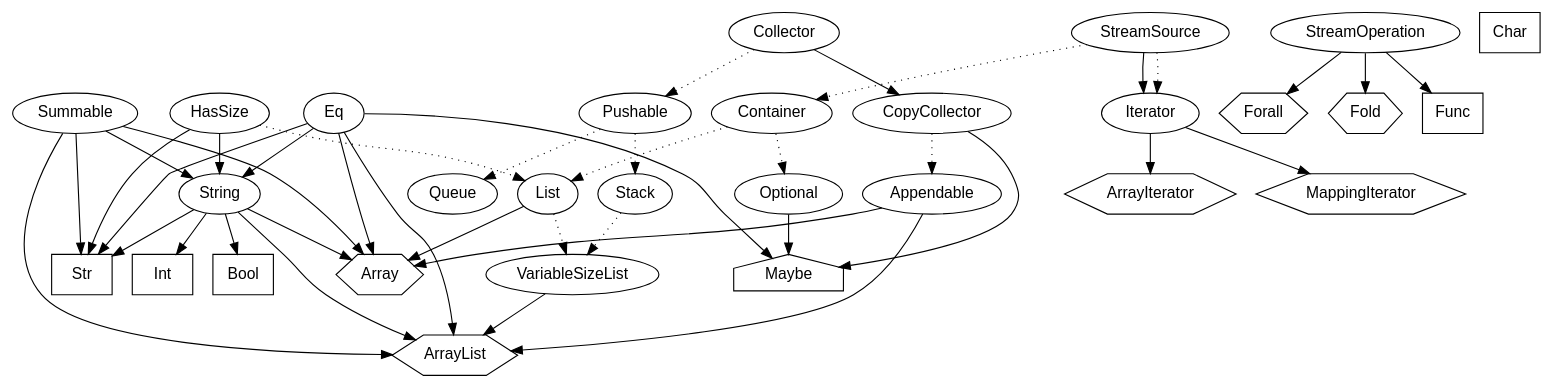
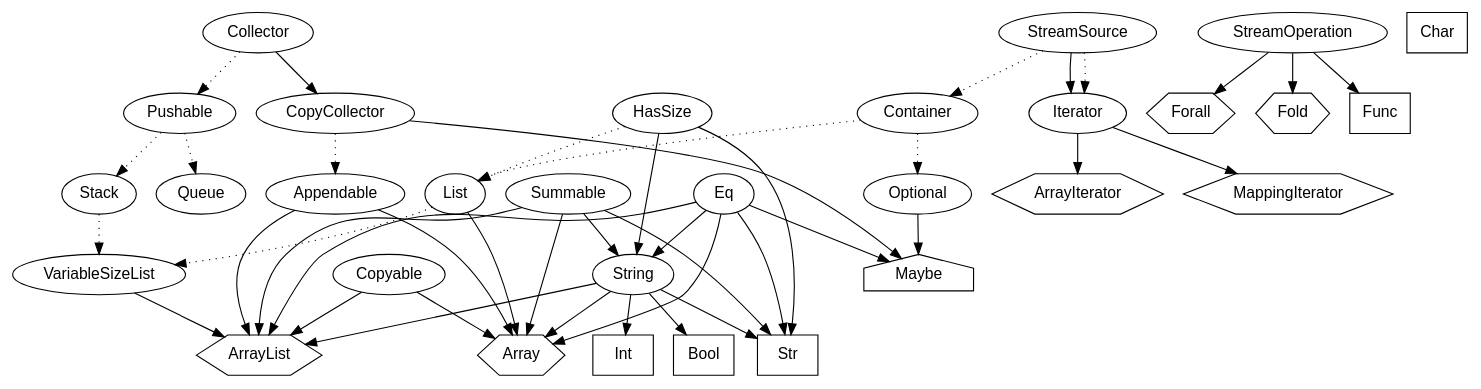
Before and after one commit to fergusq/pscript: the diagram in doc/types.dot, drawn with Graphviz. The commit also changed 8 other files, not shown here.

```diff
--- a/doc/types.dot
+++ b/doc/types.dot
@@ -1,112 +1,116 @@
 digraph G {
     node [fontname="sans-serif"]
     // Models
     String [shape="oval"]
     HasSize [shape="oval"]
+    Copyable [shape="oval"]
     Container [shape="oval", group="collections"]
     Optional [shape="oval", group="collections"]
     List [shape="oval", group="collections"]
     VariableSizeList [shape="oval", group="collections"]
     Stack [shape="oval", group="collections"]
     Queue [shape="oval", group="collections"]
     Appendable [shape="oval", group="collectors"]
     Pushable [shape="oval", group="collectors"]
     Summable [shape="oval", group="collections"]
     
     StreamSource [shape="oval", group="pipes"]
     StreamOperation [shape="oval", group="pipes"]
     Collector [shape="oval", group="collectors"]
     CopyCollector [shape="oval", group="collectors"]
     Iterator [shape="oval", group="iterators"]
     
     // Structs
     /**/ArrayList [shape="hexagon", group="collections"]
     /**/Array [shape="hexagon", group="collections"]
     /**/ArrayIterator [shape="hexagon", group="iterators"]
     /**/MappingIterator [shape="hexagon", group="iterators"]
     /**/Forall [shape="hexagon", group="pipes"]
     /**/Fold [shape="hexagon", group="pipes"]
     
     // Enums
     /**/Maybe [shape="house", group="collections"]
     
     // Primitive types
     /**/Str [shape="box", group="primitives"]
     /**/Int [shape="box", group="primitives"]
     /**/Bool [shape="box", group="primitives"]
     /**/Char [shape="box", group="primitives"]
     /**/Func [shape="box", group="primitives"]
     
     /**/String -> Int
     /**/String -> Bool
     /**/String -> Str
     /**/String -> Array
     /**/String -> ArrayList
+    
+    Copyable -> Array
+    Copyable -> ArrayList
     
     /**/HasSize -> Str
     HasSize -> String
     //+HasSize -> Array
     //+HasSize -> ArrayList
     
     /**/Eq -> Str
     Eq -> String
     /**/Eq -> Array
     /**/Eq -> ArrayList
     /**/Eq -> Maybe
     
     StreamSource -> Container [style=dotted]
     //+Container -> Array
     //+Container -> ArrayList
     //+Container -> Maybe
     
     HasSize -> List [style=dotted]
     Container -> List [style=dotted]
     /**/List -> Array
     //+List -> ArrayList
     
     List -> VariableSizeList [style=dotted]
     Stack -> VariableSizeList [style=dotted]
     /**/VariableSizeList -> ArrayList
     
     Pushable -> Stack [style=dotted]
     //+Stack -> ArrayList
     
     Pushable -> Queue [style=dotted]
     
     //+StreamSource -> Maybe
     //+StreamSource -> Array
     //+StreamSource -> ArrayList
     StreamSource -> Iterator
     //+StreamSource -> ArrayIterator
     //+StreamSource -> MappingIterator
     
     /**/StreamOperation -> Func
     /**/StreamOperation -> Fold
     /**/StreamOperation -> Forall
     
     /**/Summable -> Str
     Summable -> String
     /**/Summable -> Array
     /**/Summable -> ArrayList
     
     CopyCollector -> Appendable [style=dotted]
     /**/Appendable -> Array
     /**/Appendable -> ArrayList
     
     //+CopyCollector -> Array
     //+CopyCollector -> ArrayList
     /**/CopyCollector -> Maybe
     
     Collector -> Pushable [style=dotted]
     //+Pushable -> ArrayList
     
     //+Collector -> ArrayList
     Collector -> CopyCollector
     
     StreamSource -> Iterator [style=dotted]
     /**/Iterator -> ArrayIterator
     /**/Iterator -> MappingIterator
     
     Container -> Optional [style=dotted]
     /**/Optional -> Maybe
 }
```
